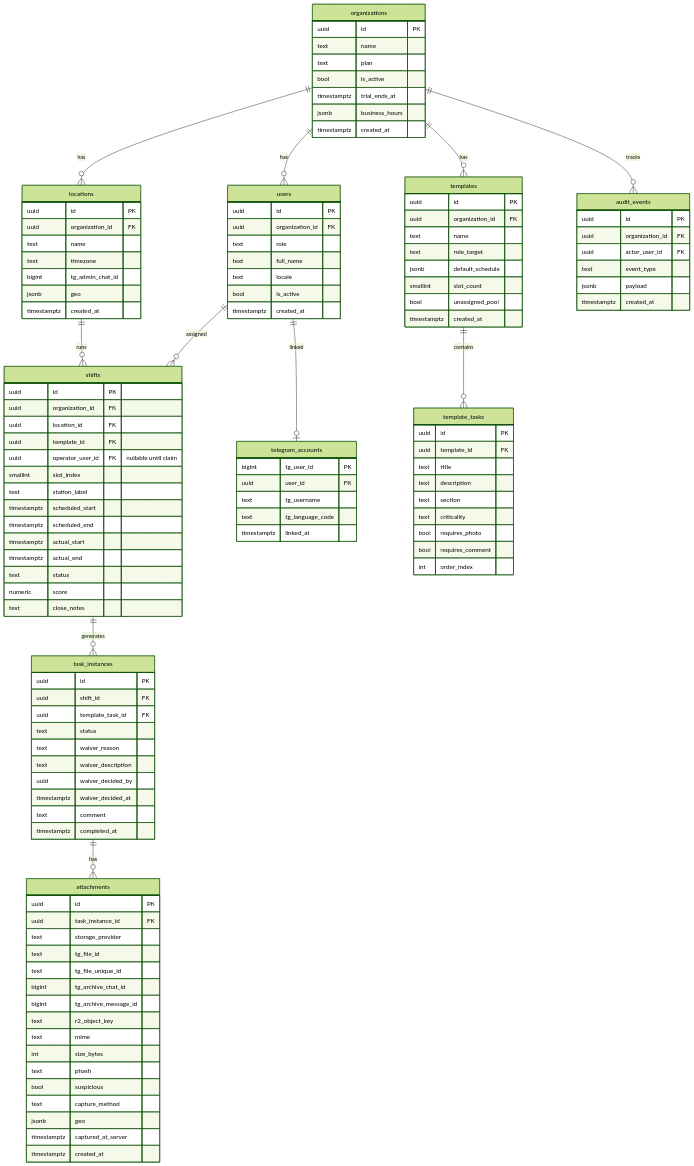
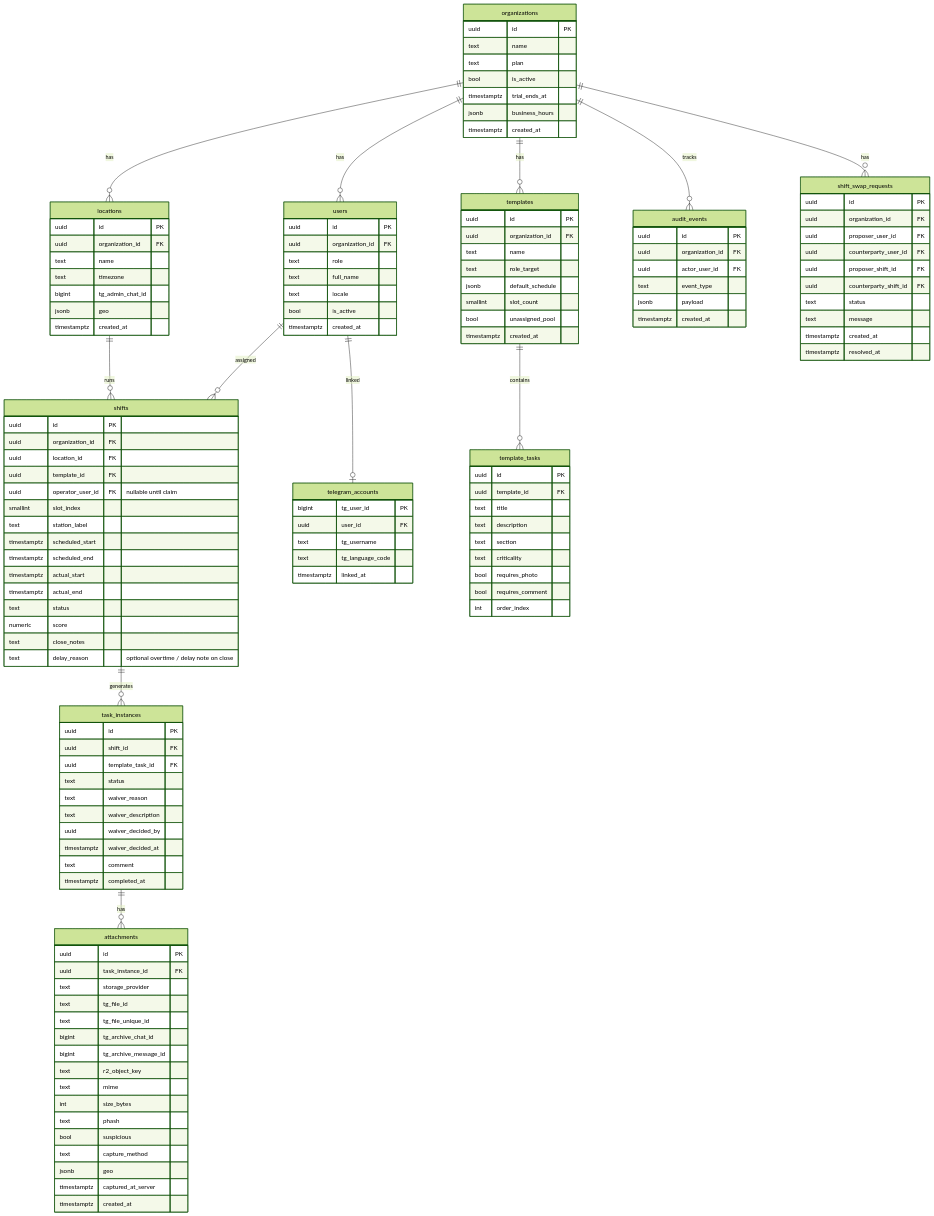
Before and after one commit to Temirlan200270/ShiftOps: the diagram in docs/DATABASE_SCHEMA.md, drawn with Mermaid (forest theme). The commit also changed other lines of this file and 44 other files, not shown here.

```diff
--- a/docs/DATABASE_SCHEMA.md
+++ b/docs/DATABASE_SCHEMA.md
@@ -10,6 +10,7 @@
     organizations ||--o{ users : has
     organizations ||--o{ templates : has
     organizations ||--o{ audit_events : tracks
+    organizations ||--o{ shift_swap_requests : has
     locations ||--o{ shifts : runs
     templates ||--o{ template_tasks : contains
     shifts ||--o{ task_instances : generates
@@ -87,6 +88,19 @@
         text status
         numeric score
         text close_notes
+        text delay_reason "optional overtime / delay note on close"
+    }
+    shift_swap_requests {
+        uuid id PK
+        uuid organization_id FK
+        uuid proposer_user_id FK
+        uuid counterparty_user_id FK
+        uuid proposer_shift_id FK
+        uuid counterparty_shift_id FK
+        text status
+        text message
+        timestamptz created_at
+        timestamptz resolved_at
     }
     task_instances {
         uuid id PK
```
